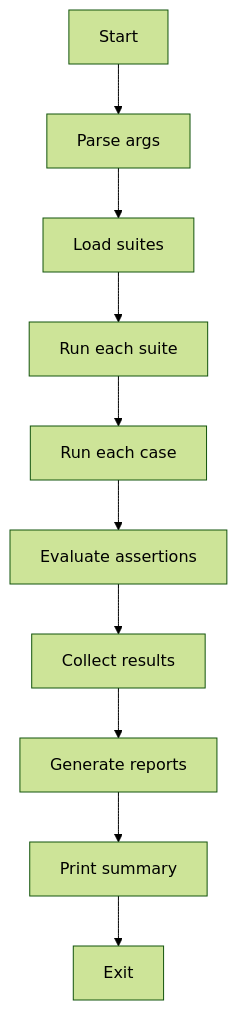
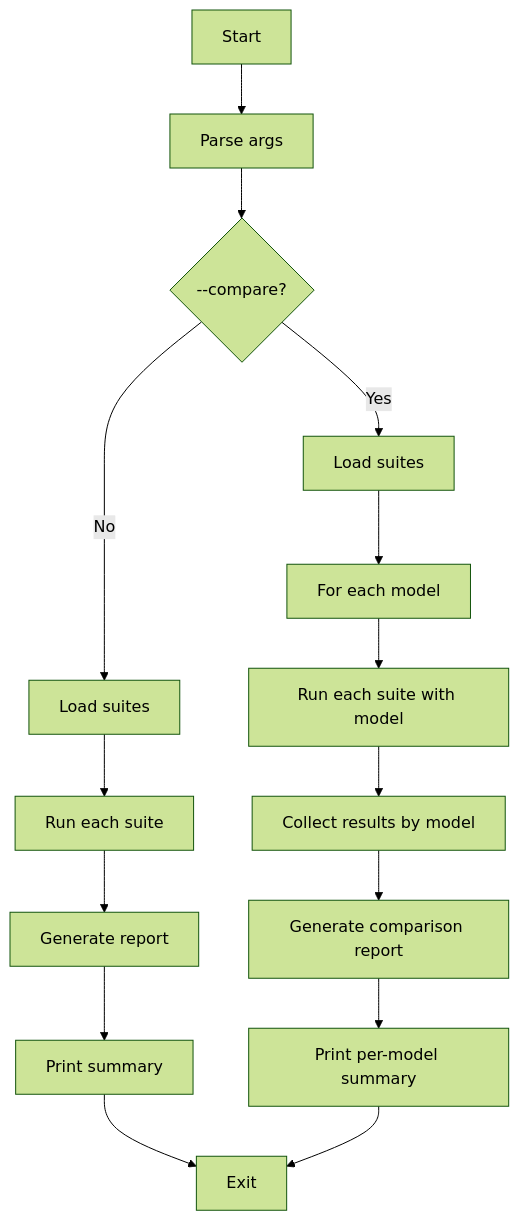
One commit to valuecodes/cli-agent-sandbox changed the diagram in src/cli/agent-evals/README.md. Above: the diagram before and after it, drawn with Mermaid (forest theme). The commit also changed other lines of this file and 12 other files, not shown here.

````diff
--- a/src/cli/agent-evals/README.md
+++ b/src/cli/agent-evals/README.md
@@ -135,12 +149,17 @@
 ```mermaid
 flowchart TD
   A["Start"] --> B["Parse args"]
-  B --> C["Load suites"]
-  C --> D["Run each suite"]
-  D --> E["Run each case"]
-  E --> F["Evaluate assertions"]
-  F --> G["Collect results"]
-  G --> H["Generate reports"]
-  H --> I["Print summary"]
-  I --> J["Exit"]
+  B --> C{"--compare?"}
+  C -->|No| D["Load suites"]
+  C -->|Yes| E["Load suites"]
+  D --> F["Run each suite"]
+  F --> G["Generate report"]
+  G --> H["Print summary"]
+  H --> I["Exit"]
+  E --> J["For each model"]
+  J --> K["Run each suite with model"]
+  K --> L["Collect results by model"]
+  L --> M["Generate comparison report"]
+  M --> N["Print per-model summary"]
+  N --> I
 ```
````
